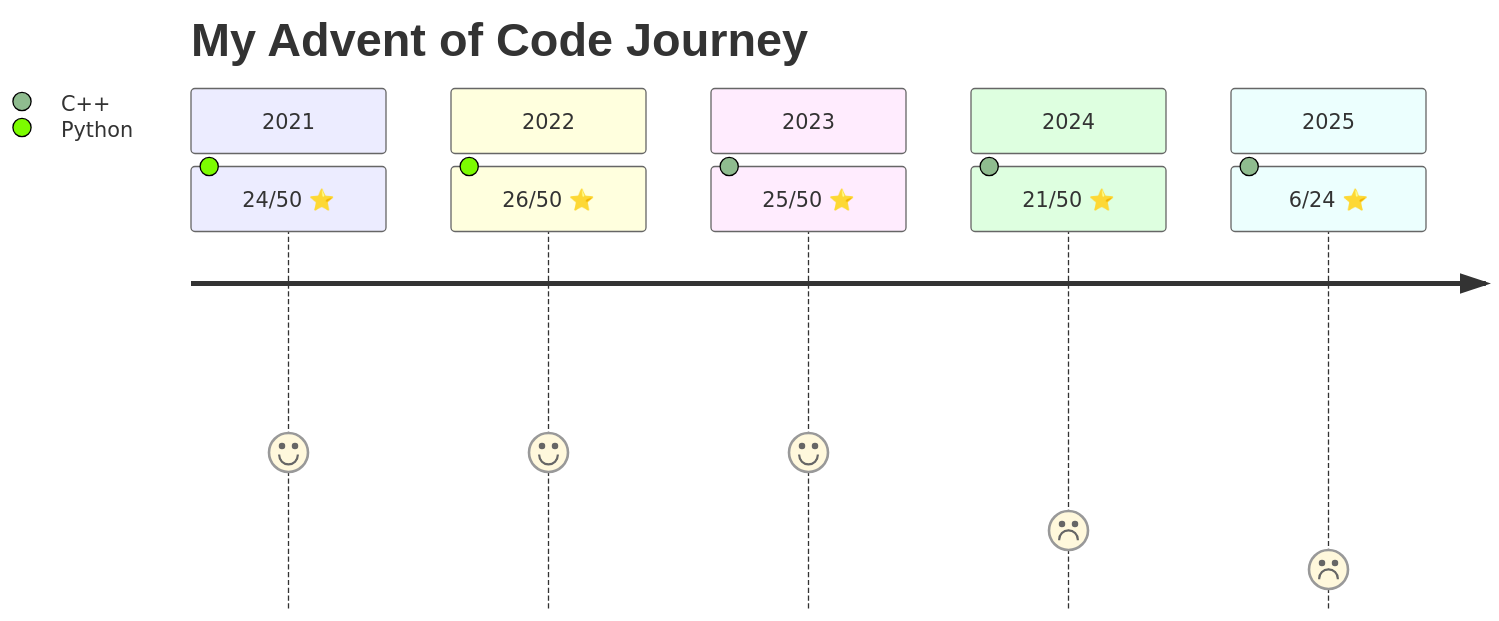
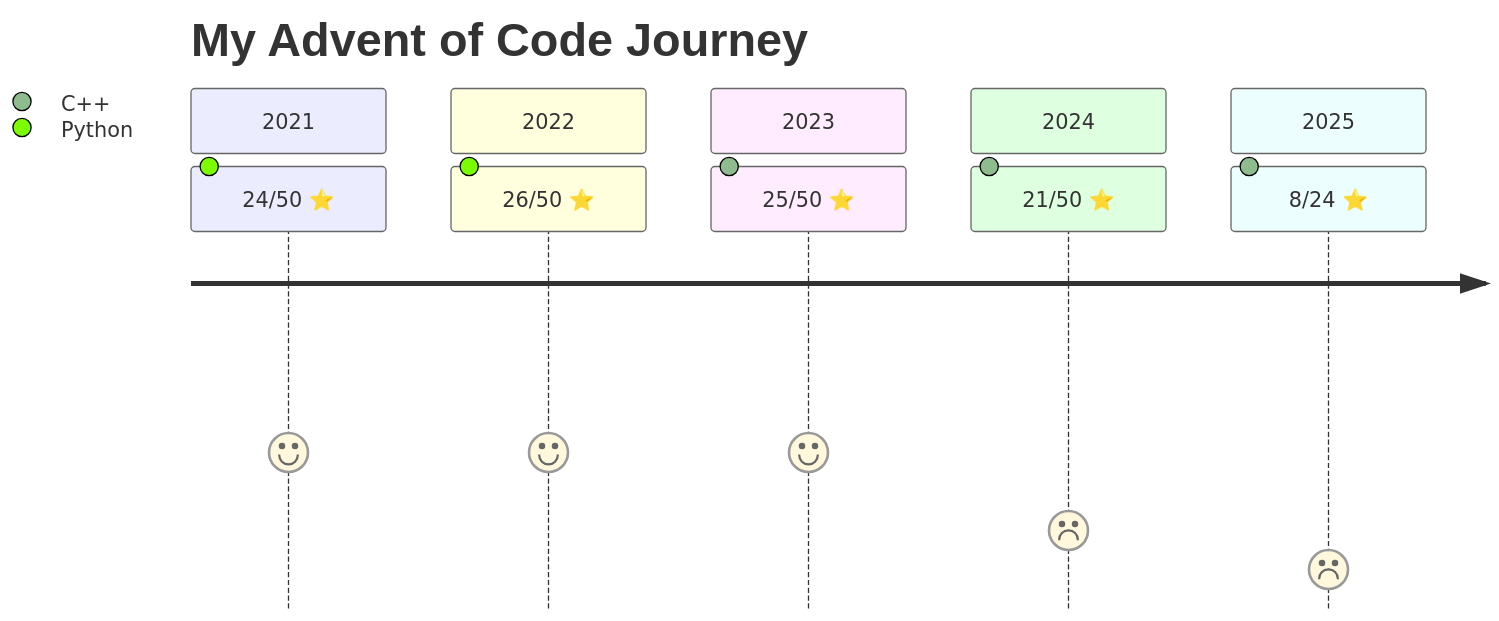
The diagram in README.md (mlcsthor/advent-of-code), drawn with Mermaid before and after one commit. The commit also changed 2 other files, not shown here.

Commit message:
✨ Add 2025 Day05

````diff
--- a/README.md
+++ b/README.md
@@ -1,14 +1,14 @@
 ```mermaid
 journey
     title My Advent of Code Journey
     section 2021
       24/50 ⭐: 4: Python
     section 2022
       26/50 ⭐: 4: Python
     section 2023
       25/50 ⭐: 4: C++
     section 2024
       21/50 ⭐: 2: C++
     section 2025
-      6/24 ⭐: 1: C++
+      8/24 ⭐: 1: C++
 ```
````
